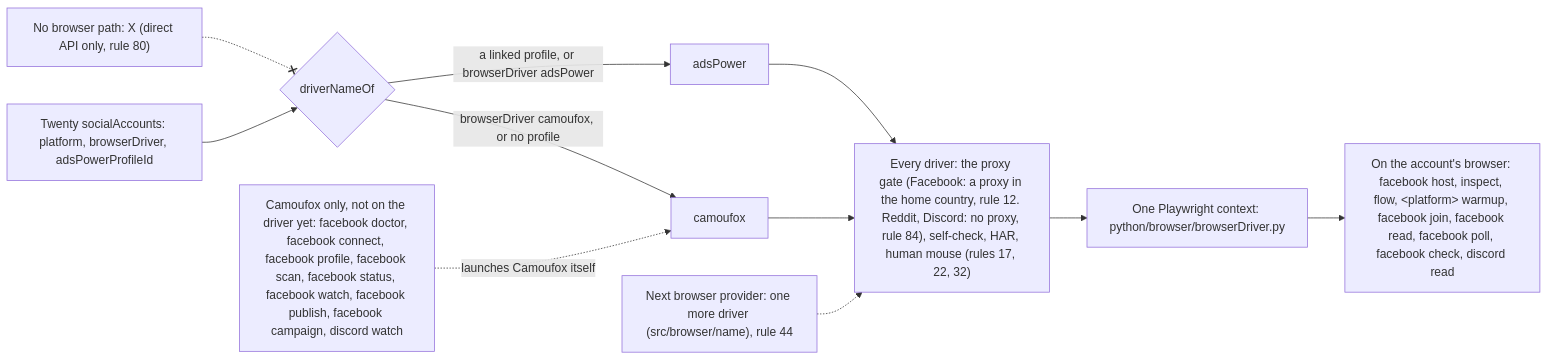
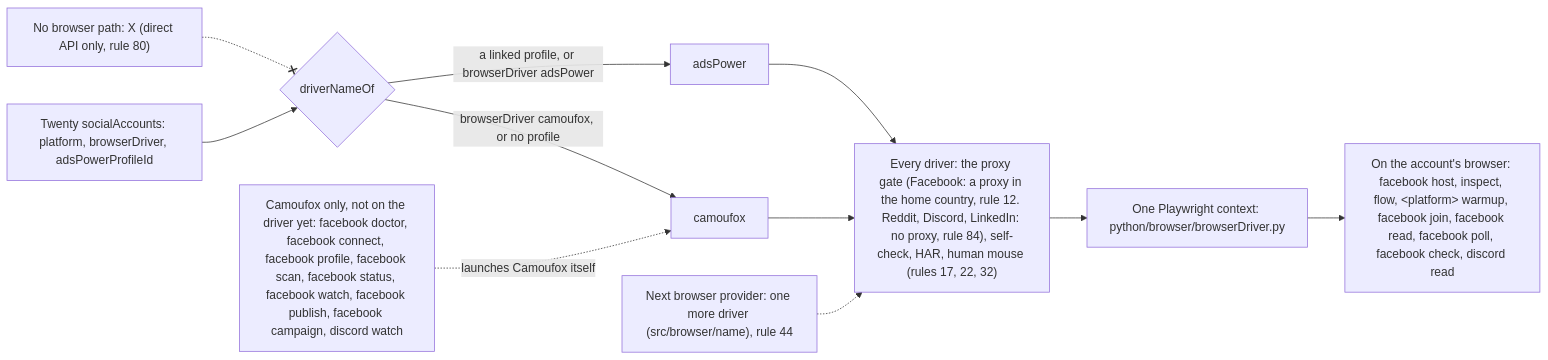
Before and after one commit to matthewdonsemail-lab/log: the diagram in docs/diagrams/browsers.mmd, drawn with Mermaid. The commit also changed 42 other files, not shown here.

```diff
--- a/docs/diagrams/browsers.mmd
+++ b/docs/diagrams/browsers.mmd
@@ -1,19 +1,19 @@
 %% The browser layer. log-cli is browser-agnostic: each account's browser is a driver picked from Twenty, AdsPower first, and every driver opens through the same gates. Whether the gate needs a proxy is the platform's (`PLATFORM_SITES`). From `BROWSER_DRIVERS` (`src/browser/driver`) and `commandBrowser` (`src/browser/run`).
 %% Written by `bun run docs:build` from the code (rule 56). Not edited by hand.
 flowchart LR
   twenty["Twenty socialAccounts: platform, browserDriver, adsPowerProfileId"]
   pick{"driverNameOf"}
-  gates["Every driver: the proxy gate (Facebook: a proxy in the home country, rule 12. Reddit, Discord: no proxy, rule 84), self-check, HAR, human mouse (rules 17, 22, 32)"]
+  gates["Every driver: the proxy gate (Facebook: a proxy in the home country, rule 12. Reddit, Discord, LinkedIn: no proxy, rule 84), self-check, HAR, human mouse (rules 17, 22, 32)"]
   session["One Playwright context: python/browser/browserDriver.py"]
   twenty --> pick
   pick -->|"browserDriver camoufox, or no profile"| d_camoufox["camoufox"]
   pick -->|"a linked profile, or browserDriver adsPower"| d_adsPower["adsPower"]
   d_camoufox --> gates
   d_adsPower --> gates
   more["Next browser provider: one more driver (src/browser/name), rule 44"] -.-> gates
   gates --> session
   account["On the account's browser: facebook host, inspect, flow, #lt;platform#gt; warmup, facebook join, facebook read, facebook poll, facebook check, discord read"]
   camoufox["Camoufox only, not on the driver yet: facebook doctor, facebook connect, facebook profile, facebook scan, facebook status, facebook watch, facebook publish, facebook campaign, discord watch"]
   session --> account
   camoufox -.->|"launches Camoufox itself"| d_camoufox
   nobrowser["No browser path: X (direct API only, rule 80)"] -.-x pick
```
